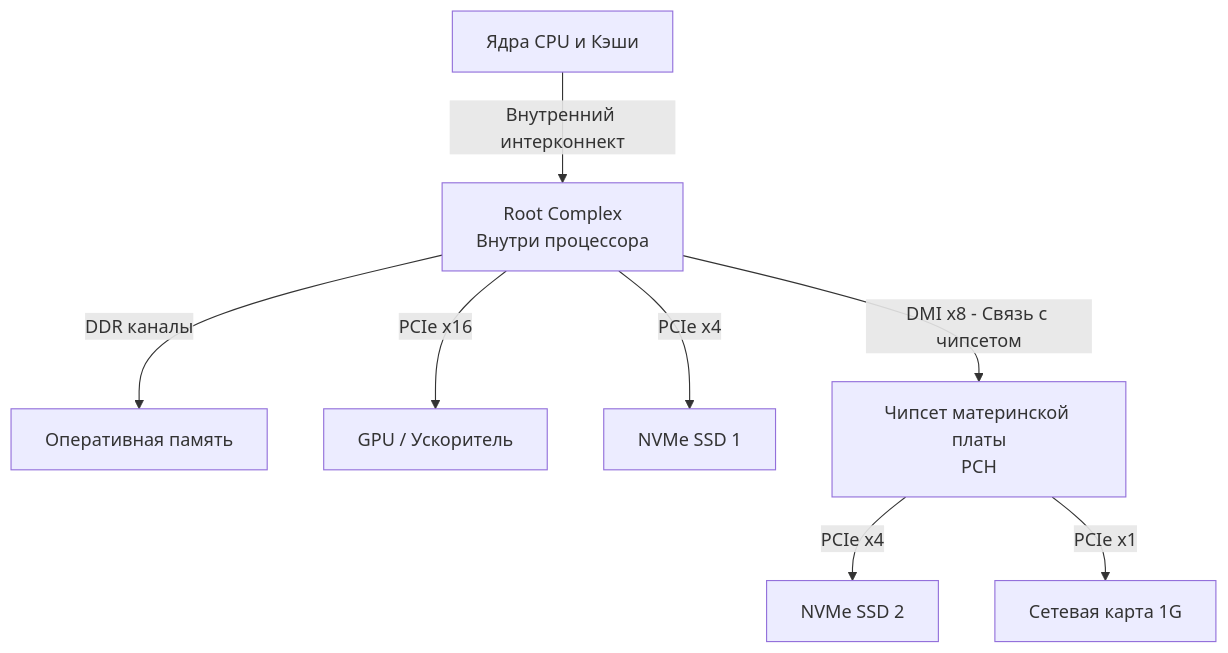
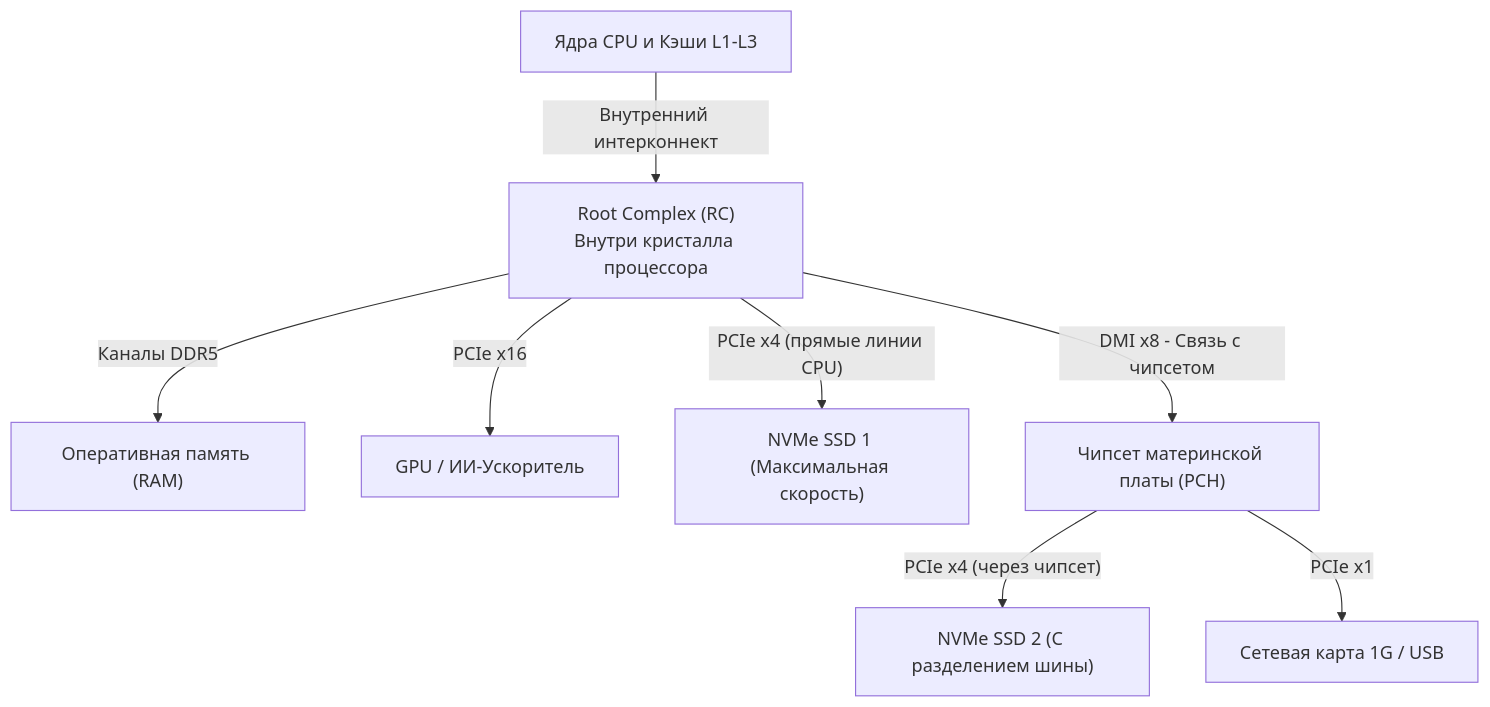
The diagram in sources/1. Архитектура компьютера/36. PCIe. Как устройства общаются с CPU.md (UnrealTemplier/go-textbook), drawn with Mermaid before and after one commit. The commit also changed other lines of this file, not shown here.

Commit message:
feat(module-01): editorial rewrite of Article 36 (PCIe: How Devices Communicate with CPU) in Kernighan style

````diff
--- a/sources/1. Архитектура компьютера/36. PCIe. Как устройства общаются с CPU.md
+++ b/sources/1. Архитектура компьютера/36. PCIe. Как устройства общаются с CPU.md
@@ -45,11 +64,11 @@
 ```mermaid
 flowchart TD
-    CPU["Ядра CPU и Кэши"]-->|"Внутренний интерконнект"|RC["Root Complex<br>Внутри процессора"]
-    RC-->|"DDR каналы"|RAM["Оперативная память"]
-    RC-->|"PCIe x16"|GPU["GPU / Ускоритель"]
-    RC-->|"PCIe x4"|NVMe1["NVMe SSD 1"]
+    CPU["Ядра CPU и Кэши L1-L3"] -->|"Внутренний интерконнект"| RC["Root Complex (RC)<br>Внутри кристалла процессора"]
+    RC -->|"Каналы DDR5"| RAM["Оперативная память (RAM)"]
+    RC -->|"PCIe x16"| GPU["GPU / ИИ-Ускоритель"]
+    RC -->|"PCIe x4 (прямые линии CPU)"| NVMe1["NVMe SSD 1 (Максимальная скорость)"]
     
-    RC-->|"DMI x8 - Связь с чипсетом"|PCH["Чипсет материнской платы<br>PCH"]
-    PCH-->|"PCIe x4"|NVMe2["NVMe SSD 2"]
-    PCH-->|"PCIe x1"|NIC["Сетевая карта 1G"]
+    RC -->|"DMI x8 - Связь с чипсетом"| PCH["Чипсет материнской платы (PCH)"]
+    PCH -->|"PCIe x4 (через чипсет)"| NVMe2["NVMe SSD 2 (С разделением шины)"]
+    PCH -->|"PCIe x1"| NIC["Сетевая карта 1G / USB"]
 ```
````
